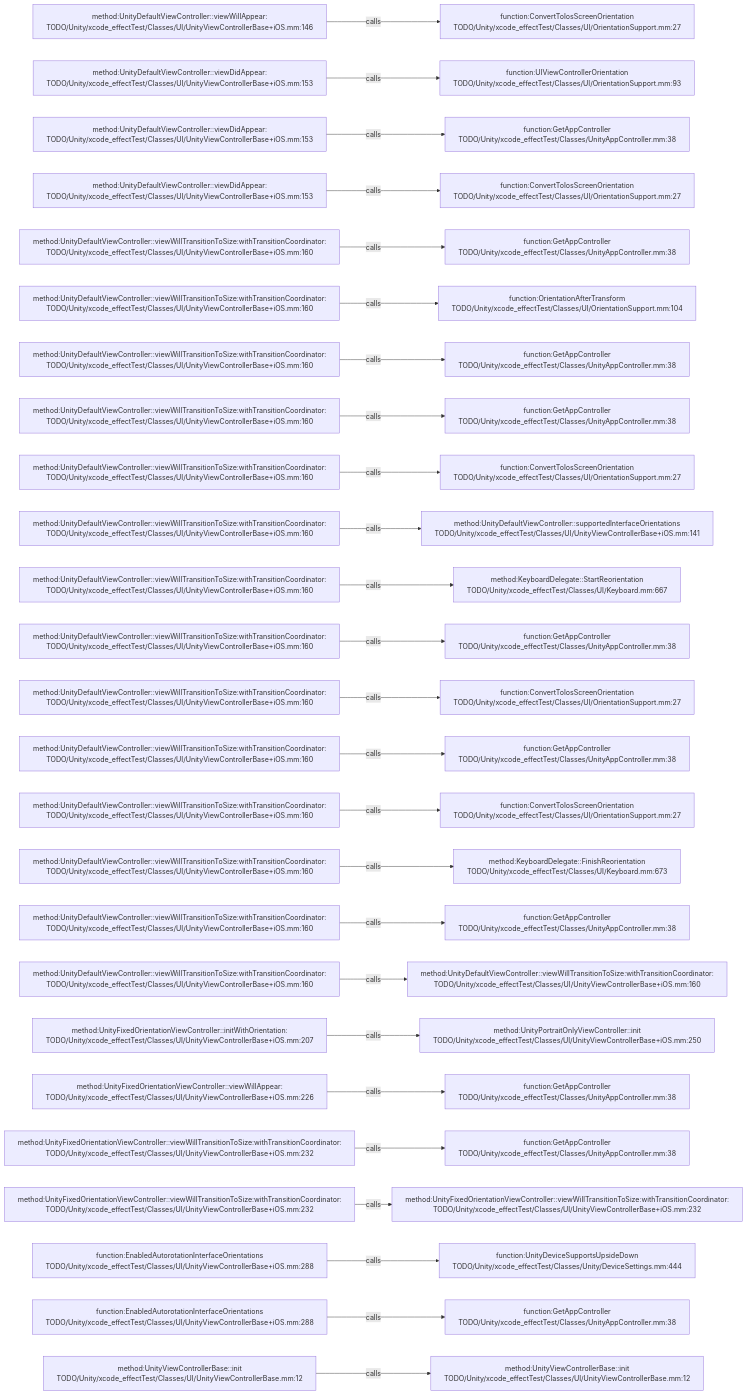
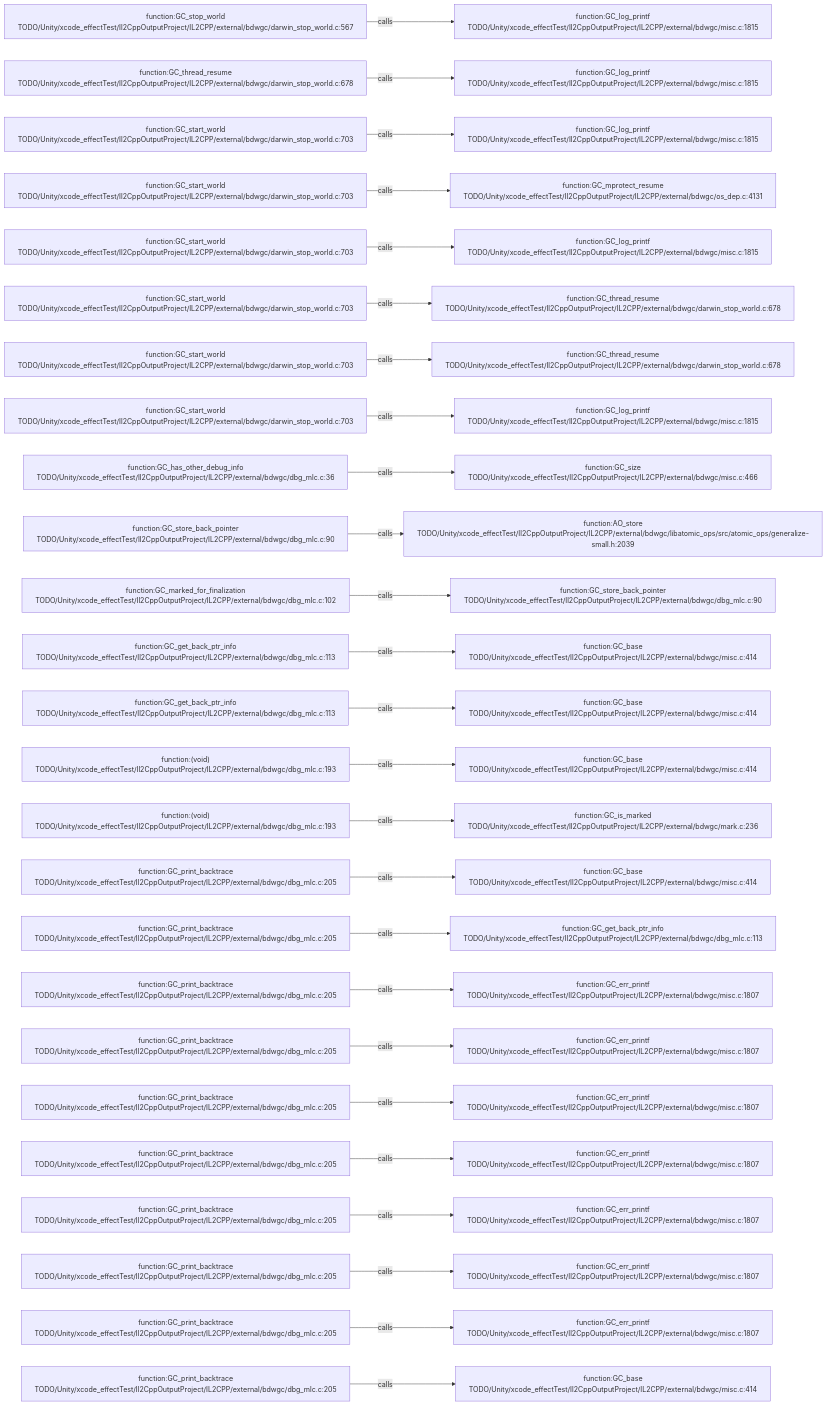
Before and after one commit to JobsKits/JobsSwiftBaseConfigDemo: the diagram in .codegraph/codegraph.md/graphs/calls-098.md, drawn with Mermaid. The commit also changed 227 other files, not shown here.

````diff
--- a/.codegraph/codegraph.md/graphs/calls-098.md
+++ b/.codegraph/codegraph.md/graphs/calls-098.md
@@ -13,78 +13,78 @@
 ```mermaid
 flowchart LR
-  S1["method:UnityDefaultViewController::viewWillAppear:<br/>TODO/Unity/xcode_effectTest/Classes/UI/UnityViewControllerBase+iOS.mm:146"]
-  T1["function:ConvertToIosScreenOrientation<br/>TODO/Unity/xcode_effectTest/Classes/UI/OrientationSupport.mm:27"]
+  S1["function:GC_stop_world<br/>TODO/Unity/xcode_effectTest/Il2CppOutputProject/IL2CPP/external/bdwgc/darwin_stop_world.c:567"]
+  T1["function:GC_log_printf<br/>TODO/Unity/xcode_effectTest/Il2CppOutputProject/IL2CPP/external/bdwgc/misc.c:1815"]
   S1 -->|calls| T1
-  S2["method:UnityDefaultViewController::viewDidAppear:<br/>TODO/Unity/xcode_effectTest/Classes/UI/UnityViewControllerBase+iOS.mm:153"]
-  T2["function:UIViewControllerOrientation<br/>TODO/Unity/xcode_effectTest/Classes/UI/OrientationSupport.mm:93"]
+  S2["function:GC_thread_resume<br/>TODO/Unity/xcode_effectTest/Il2CppOutputProject/IL2CPP/external/bdwgc/darwin_stop_world.c:678"]
+  T2["function:GC_log_printf<br/>TODO/Unity/xcode_effectTest/Il2CppOutputProject/IL2CPP/external/bdwgc/misc.c:1815"]
   S2 -->|calls| T2
-  S3["method:UnityDefaultViewController::viewDidAppear:<br/>TODO/Unity/xcode_effectTest/Classes/UI/UnityViewControllerBase+iOS.mm:153"]
-  T3["function:GetAppController<br/>TODO/Unity/xcode_effectTest/Classes/UnityAppController.mm:38"]
+  S3["function:GC_start_world<br/>TODO/Unity/xcode_effectTest/Il2CppOutputProject/IL2CPP/external/bdwgc/darwin_stop_world.c:703"]
+  T3["function:GC_log_printf<br/>TODO/Unity/xcode_effectTest/Il2CppOutputProject/IL2CPP/external/bdwgc/misc.c:1815"]
   S3 -->|calls| T3
-  S4["method:UnityDefaultViewController::viewDidAppear:<br/>TODO/Unity/xcode_effectTest/Classes/UI/UnityViewControllerBase+iOS.mm:153"]
-  T4["function:ConvertToIosScreenOrientation<br/>TODO/Unity/xcode_effectTest/Classes/UI/OrientationSupport.mm:27"]
+  S4["function:GC_start_world<br/>TODO/Unity/xcode_effectTest/Il2CppOutputProject/IL2CPP/external/bdwgc/darwin_stop_world.c:703"]
+  T4["function:GC_mprotect_resume<br/>TODO/Unity/xcode_effectTest/Il2CppOutputProject/IL2CPP/external/bdwgc/os_dep.c:4131"]
   S4 -->|calls| T4
-  S5["method:UnityDefaultViewController::viewWillTransitionToSize:withTransitionCoordinator:<br/>TODO/Unity/xcode_effectTest/Classes/UI/UnityViewControllerBase+iOS.mm:160"]
-  T5["function:GetAppController<br/>TODO/Unity/xcode_effectTest/Classes/UnityAppController.mm:38"]
+  S5["function:GC_start_world<br/>TODO/Unity/xcode_effectTest/Il2CppOutputProject/IL2CPP/external/bdwgc/darwin_stop_world.c:703"]
+  T5["function:GC_log_printf<br/>TODO/Unity/xcode_effectTest/Il2CppOutputProject/IL2CPP/external/bdwgc/misc.c:1815"]
   S5 -->|calls| T5
-  S6["method:UnityDefaultViewController::viewWillTransitionToSize:withTransitionCoordinator:<br/>TODO/Unity/xcode_effectTest/Classes/UI/UnityViewControllerBase+iOS.mm:160"]
-  T6["function:OrientationAfterTransform<br/>TODO/Unity/xcode_effectTest/Classes/UI/OrientationSupport.mm:104"]
+  S6["function:GC_start_world<br/>TODO/Unity/xcode_effectTest/Il2CppOutputProject/IL2CPP/external/bdwgc/darwin_stop_world.c:703"]
+  T6["function:GC_thread_resume<br/>TODO/Unity/xcode_effectTest/Il2CppOutputProject/IL2CPP/external/bdwgc/darwin_stop_world.c:678"]
   S6 -->|calls| T6
-  S7["method:UnityDefaultViewController::viewWillTransitionToSize:withTransitionCoordinator:<br/>TODO/Unity/xcode_effectTest/Classes/UI/UnityViewControllerBase+iOS.mm:160"]
-  T7["function:GetAppController<br/>TODO/Unity/xcode_effectTest/Classes/UnityAppController.mm:38"]
+  S7["function:GC_start_world<br/>TODO/Unity/xcode_effectTest/Il2CppOutputProject/IL2CPP/external/bdwgc/darwin_stop_world.c:703"]
+  T7["function:GC_thread_resume<br/>TODO/Unity/xcode_effectTest/Il2CppOutputProject/IL2CPP/external/bdwgc/darwin_stop_world.c:678"]
   S7 -->|calls| T7
-  S8["method:UnityDefaultViewController::viewWillTransitionToSize:withTransitionCoordinator:<br/>TODO/Unity/xcode_effectTest/Classes/UI/UnityViewControllerBase+iOS.mm:160"]
-  T8["function:GetAppController<br/>TODO/Unity/xcode_effectTest/Classes/UnityAppController.mm:38"]
+  S8["function:GC_start_world<br/>TODO/Unity/xcode_effectTest/Il2CppOutputProject/IL2CPP/external/bdwgc/darwin_stop_world.c:703"]
+  T8["function:GC_log_printf<br/>TODO/Unity/xcode_effectTest/Il2CppOutputProject/IL2CPP/external/bdwgc/misc.c:1815"]
   S8 -->|calls| T8
-  S9["method:UnityDefaultViewController::viewWillTransitionToSize:withTransitionCoordinator:<br/>TODO/Unity/xcode_effectTest/Classes/UI/UnityViewControllerBase+iOS.mm:160"]
-  T9["function:ConvertToIosScreenOrientation<br/>TODO/Unity/xcode_effectTest/Classes/UI/OrientationSupport.mm:27"]
+  S9["function:GC_has_other_debug_info<br/>TODO/Unity/xcode_effectTest/Il2CppOutputProject/IL2CPP/external/bdwgc/dbg_mlc.c:36"]
+  T9["function:GC_size<br/>TODO/Unity/xcode_effectTest/Il2CppOutputProject/IL2CPP/external/bdwgc/misc.c:466"]
   S9 -->|calls| T9
-  S10["method:UnityDefaultViewController::viewWillTransitionToSize:withTransitionCoordinator:<br/>TODO/Unity/xcode_effectTest/Classes/UI/UnityViewControllerBase+iOS.mm:160"]
-  T10["method:UnityDefaultViewController::supportedInterfaceOrientations<br/>TODO/Unity/xcode_effectTest/Classes/UI/UnityViewControllerBase+iOS.mm:141"]
+  S10["function:GC_store_back_pointer<br/>TODO/Unity/xcode_effectTest/Il2CppOutputProject/IL2CPP/external/bdwgc/dbg_mlc.c:90"]
+  T10["function:AO_store<br/>TODO/Unity/xcode_effectTest/Il2CppOutputProject/IL2CPP/external/bdwgc/libatomic_ops/src/atomic_ops/generalize-small.h:2039"]
   S10 -->|calls| T10
-  S11["method:UnityDefaultViewController::viewWillTransitionToSize:withTransitionCoordinator:<br/>TODO/Unity/xcode_effectTest/Classes/UI/UnityViewControllerBase+iOS.mm:160"]
-  T11["method:KeyboardDelegate::StartReorientation<br/>TODO/Unity/xcode_effectTest/Classes/UI/Keyboard.mm:667"]
+  S11["function:GC_marked_for_finalization<br/>TODO/Unity/xcode_effectTest/Il2CppOutputProject/IL2CPP/external/bdwgc/dbg_mlc.c:102"]
+  T11["function:GC_store_back_pointer<br/>TODO/Unity/xcode_effectTest/Il2CppOutputProject/IL2CPP/external/bdwgc/dbg_mlc.c:90"]
   S11 -->|calls| T11
-  S12["method:UnityDefaultViewController::viewWillTransitionToSize:withTransitionCoordinator:<br/>TODO/Unity/xcode_effectTest/Classes/UI/UnityViewControllerBase+iOS.mm:160"]
-  T12["function:GetAppController<br/>TODO/Unity/xcode_effectTest/Classes/UnityAppController.mm:38"]
+  S12["function:GC_get_back_ptr_info<br/>TODO/Unity/xcode_effectTest/Il2CppOutputProject/IL2CPP/external/bdwgc/dbg_mlc.c:113"]
+  T12["function:GC_base<br/>TODO/Unity/xcode_effectTest/Il2CppOutputProject/IL2CPP/external/bdwgc/misc.c:414"]
   S12 -->|calls| T12
-  S13["method:UnityDefaultViewController::viewWillTransitionToSize:withTransitionCoordinator:<br/>TODO/Unity/xcode_effectTest/Classes/UI/UnityViewControllerBase+iOS.mm:160"]
-  T13["function:ConvertToIosScreenOrientation<br/>TODO/Unity/xcode_effectTest/Classes/UI/OrientationSupport.mm:27"]
+  S13["function:GC_get_back_ptr_info<br/>TODO/Unity/xcode_effectTest/Il2CppOutputProject/IL2CPP/external/bdwgc/dbg_mlc.c:113"]
+  T13["function:GC_base<br/>TODO/Unity/xcode_effectTest/Il2CppOutputProject/IL2CPP/external/bdwgc/misc.c:414"]
   S13 -->|calls| T13
-  S14["method:UnityDefaultViewController::viewWillTransitionToSize:withTransitionCoordinator:<br/>TODO/Unity/xcode_effectTest/Classes/UI/UnityViewControllerBase+iOS.mm:160"]
-  T14["function:GetAppController<br/>TODO/Unity/xcode_effectTest/Classes/UnityAppController.mm:38"]
+  S14["function:(void)<br/>TODO/Unity/xcode_effectTest/Il2CppOutputProject/IL2CPP/external/bdwgc/dbg_mlc.c:193"]
+  T14["function:GC_base<br/>TODO/Unity/xcode_effectTest/Il2CppOutputProject/IL2CPP/external/bdwgc/misc.c:414"]
   S14 -->|calls| T14
-  S15["method:UnityDefaultViewController::viewWillTransitionToSize:withTransitionCoordinator:<br/>TODO/Unity/xcode_effectTest/Classes/UI/UnityViewControllerBase+iOS.mm:160"]
-  T15["function:ConvertToIosScreenOrientation<br/>TODO/Unity/xcode_effectTest/Classes/UI/OrientationSupport.mm:27"]
+  S15["function:(void)<br/>TODO/Unity/xcode_effectTest/Il2CppOutputProject/IL2CPP/external/bdwgc/dbg_mlc.c:193"]
+  T15["function:GC_is_marked<br/>TODO/Unity/xcode_effectTest/Il2CppOutputProject/IL2CPP/external/bdwgc/mark.c:236"]
   S15 -->|calls| T15
-  S16["method:UnityDefaultViewController::viewWillTransitionToSize:withTransitionCoordinator:<br/>TODO/Unity/xcode_effectTest/Classes/UI/UnityViewControllerBase+iOS.mm:160"]
-  T16["method:KeyboardDelegate::FinishReorientation<br/>TODO/Unity/xcode_effectTest/Classes/UI/Keyboard.mm:673"]
+  S16["function:GC_print_backtrace<br/>TODO/Unity/xcode_effectTest/Il2CppOutputProject/IL2CPP/external/bdwgc/dbg_mlc.c:205"]
+  T16["function:GC_base<br/>TODO/Unity/xcode_effectTest/Il2CppOutputProject/IL2CPP/external/bdwgc/misc.c:414"]
   S16 -->|calls| T16
-  S17["method:UnityDefaultViewController::viewWillTransitionToSize:withTransitionCoordinator:<br/>TODO/Unity/xcode_effectTest/Classes/UI/UnityViewControllerBase+iOS.mm:160"]
-  T17["function:GetAppController<br/>TODO/Unity/xcode_effectTest/Classes/UnityAppController.mm:38"]
+  S17["function:GC_print_backtrace<br/>TODO/Unity/xcode_effectTest/Il2CppOutputProject/IL2CPP/external/bdwgc/dbg_mlc.c:205"]
+  T17["function:GC_get_back_ptr_info<br/>TODO/Unity/xcode_effectTest/Il2CppOutputProject/IL2CPP/external/bdwgc/dbg_mlc.c:113"]
   S17 -->|calls| T17
-  S18["method:UnityDefaultViewController::viewWillTransitionToSize:withTransitionCoordinator:<br/>TODO/Unity/xcode_effectTest/Classes/UI/UnityViewControllerBase+iOS.mm:160"]
-  T18["method:UnityDefaultViewController::viewWillTransitionToSize:withTransitionCoordinator:<br/>TODO/Unity/xcode_effectTest/Classes/UI/UnityViewControllerBase+iOS.mm:160"]
+  S18["function:GC_print_backtrace<br/>TODO/Unity/xcode_effectTest/Il2CppOutputProject/IL2CPP/external/bdwgc/dbg_mlc.c:205"]
+  T18["function:GC_err_printf<br/>TODO/Unity/xcode_effectTest/Il2CppOutputProject/IL2CPP/external/bdwgc/misc.c:1807"]
   S18 -->|calls| T18
-  S19["method:UnityFixedOrientationViewController::initWithOrientation:<br/>TODO/Unity/xcode_effectTest/Classes/UI/UnityViewControllerBase+iOS.mm:207"]
-  T19["method:UnityPortraitOnlyViewController::init<br/>TODO/Unity/xcode_effectTest/Classes/UI/UnityViewControllerBase+iOS.mm:250"]
+  S19["function:GC_print_backtrace<br/>TODO/Unity/xcode_effectTest/Il2CppOutputProject/IL2CPP/external/bdwgc/dbg_mlc.c:205"]
+  T19["function:GC_err_printf<br/>TODO/Unity/xcode_effectTest/Il2CppOutputProject/IL2CPP/external/bdwgc/misc.c:1807"]
   S19 -->|calls| T19
-  S20["method:UnityFixedOrientationViewController::viewWillAppear:<br/>TODO/Unity/xcode_effectTest/Classes/UI/UnityViewControllerBase+iOS.mm:226"]
-  T20["function:GetAppController<br/>TODO/Unity/xcode_effectTest/Classes/UnityAppController.mm:38"]
+  S20["function:GC_print_backtrace<br/>TODO/Unity/xcode_effectTest/Il2CppOutputProject/IL2CPP/external/bdwgc/dbg_mlc.c:205"]
+  T20["function:GC_err_printf<br/>TODO/Unity/xcode_effectTest/Il2CppOutputProject/IL2CPP/external/bdwgc/misc.c:1807"]
   S20 -->|calls| T20
-  S21["method:UnityFixedOrientationViewController::viewWillTransitionToSize:withTransitionCoordinator:<br/>TODO/Unity/xcode_effectTest/Classes/UI/UnityViewControllerBase+iOS.mm:232"]
-  T21["function:GetAppController<br/>TODO/Unity/xcode_effectTest/Classes/UnityAppController.mm:38"]
+  S21["function:GC_print_backtrace<br/>TODO/Unity/xcode_effectTest/Il2CppOutputProject/IL2CPP/external/bdwgc/dbg_mlc.c:205"]
+  T21["function:GC_err_printf<br/>TODO/Unity/xcode_effectTest/Il2CppOutputProject/IL2CPP/external/bdwgc/misc.c:1807"]
   S21 -->|calls| T21
-  S22["method:UnityFixedOrientationViewController::viewWillTransitionToSize:withTransitionCoordinator:<br/>TODO/Unity/xcode_effectTest/Classes/UI/UnityViewControllerBase+iOS.mm:232"]
-  T22["method:UnityFixedOrientationViewController::viewWillTransitionToSize:withTransitionCoordinator:<br/>TODO/Unity/xcode_effectTest/Classes/UI/UnityViewControllerBase+iOS.mm:232"]
+  S22["function:GC_print_backtrace<br/>TODO/Unity/xcode_effectTest/Il2CppOutputProject/IL2CPP/external/bdwgc/dbg_mlc.c:205"]
+  T22["function:GC_err_printf<br/>TODO/Unity/xcode_effectTest/Il2CppOutputProject/IL2CPP/external/bdwgc/misc.c:1807"]
   S22 -->|calls| T22
-  S23["function:EnabledAutorotationInterfaceOrientations<br/>TODO/Unity/xcode_effectTest/Classes/UI/UnityViewControllerBase+iOS.mm:288"]
-  T23["function:UnityDeviceSupportsUpsideDown<br/>TODO/Unity/xcode_effectTest/Classes/Unity/DeviceSettings.mm:444"]
+  S23["function:GC_print_backtrace<br/>TODO/Unity/xcode_effectTest/Il2CppOutputProject/IL2CPP/external/bdwgc/dbg_mlc.c:205"]
+  T23["function:GC_err_printf<br/>TODO/Unity/xcode_effectTest/Il2CppOutputProject/IL2CPP/external/bdwgc/misc.c:1807"]
   S23 -->|calls| T23
-  S24["function:EnabledAutorotationInterfaceOrientations<br/>TODO/Unity/xcode_effectTest/Classes/UI/UnityViewControllerBase+iOS.mm:288"]
-  T24["function:GetAppController<br/>TODO/Unity/xcode_effectTest/Classes/UnityAppController.mm:38"]
+  S24["function:GC_print_backtrace<br/>TODO/Unity/xcode_effectTest/Il2CppOutputProject/IL2CPP/external/bdwgc/dbg_mlc.c:205"]
+  T24["function:GC_err_printf<br/>TODO/Unity/xcode_effectTest/Il2CppOutputProject/IL2CPP/external/bdwgc/misc.c:1807"]
   S24 -->|calls| T24
-  S25["method:UnityViewControllerBase::init<br/>TODO/Unity/xcode_effectTest/Classes/UI/UnityViewControllerBase.mm:12"]
-  T25["method:UnityViewControllerBase::init<br/>TODO/Unity/xcode_effectTest/Classes/UI/UnityViewControllerBase.mm:12"]
+  S25["function:GC_print_backtrace<br/>TODO/Unity/xcode_effectTest/Il2CppOutputProject/IL2CPP/external/bdwgc/dbg_mlc.c:205"]
+  T25["function:GC_base<br/>TODO/Unity/xcode_effectTest/Il2CppOutputProject/IL2CPP/external/bdwgc/misc.c:414"]
   S25 -->|calls| T25
 ```
````
